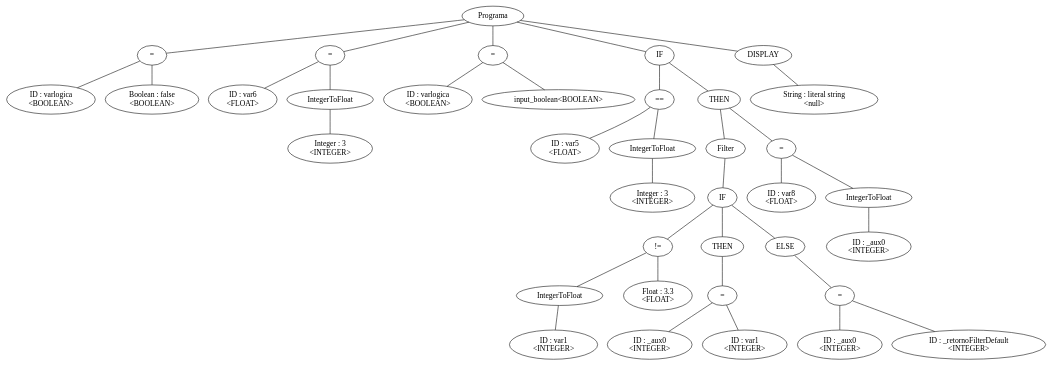
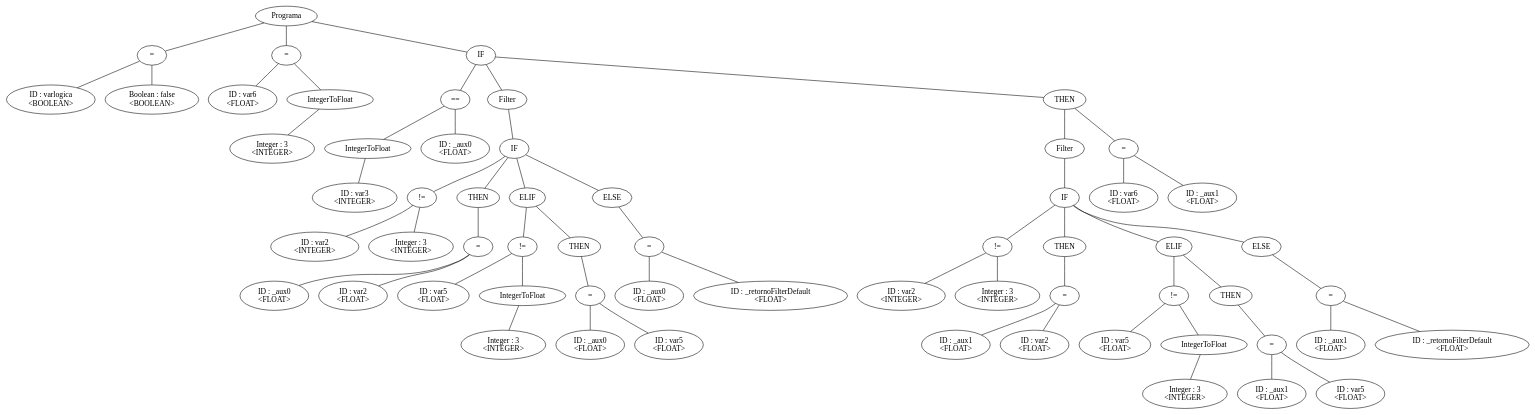
The diagram in arbol.dot (leandroprios/compilador), drawn with Graphviz before and after one commit. The commit also changed 32 other files, not shown here.

```diff
--- a/arbol.dot
+++ b/arbol.dot
@@ -1,75 +1,126 @@
-graph G {nodo_113131154[label="Programa"]
-nodo_1600390310[label="="]
-nodo_113131154--nodo_1600390310
-nodo_541742448[label="ID : varlogica\n<BOOLEAN>"]
-nodo_1600390310--nodo_541742448
-nodo_725453847[label="Boolean : false\n<BOOLEAN>"]
-nodo_1600390310--nodo_725453847
-nodo_1543535948[label="="]
-nodo_113131154--nodo_1543535948
-nodo_599659358[label="ID : var6\n<FLOAT>"]
-nodo_1543535948--nodo_599659358
-nodo_1370301324[label="IntegerToFloat"]
-nodo_1543535948--nodo_1370301324
-nodo_381112474[label="Integer : 3\n<INTEGER>"]
-nodo_1370301324--nodo_381112474
-nodo_1233302813[label="="]
-nodo_113131154--nodo_1233302813
-nodo_443906960[label="ID : varlogica\n<BOOLEAN>"]
-nodo_1233302813--nodo_443906960
-nodo_1233302813--nodo_578591249
-nodo_578591249[label="input_boolean<BOOLEAN>"]
-nodo_241380676[label="IF"]
-nodo_113131154--nodo_241380676
-nodo_1377131464[label="=="]
-nodo_241380676--nodo_1377131464
-nodo_1670185953[label="ID : var5\n<FLOAT>"]
-nodo_1377131464--nodo_1670185953
-nodo_635941267[label="IntegerToFloat"]
-nodo_1377131464--nodo_635941267
-nodo_855220582[label="Integer : 3\n<INTEGER>"]
-nodo_635941267--nodo_855220582
-nodo_241380676--nodo_219603729
-nodo_219603729[label="THEN"]
-nodo_1254778858[label="Filter"]
-nodo_219603729--nodo_1254778858
-nodo_1096021849[label="IF"]
-nodo_1254778858--nodo_1096021849
-nodo_1503706569[label="!="]
-nodo_1096021849--nodo_1503706569
-nodo_1069617938[label="IntegerToFloat"]
-nodo_1503706569--nodo_1069617938
-nodo_1643565708[label="ID : var1 
+graph G {nodo_553544492[label="Programa"]
+nodo_596157496[label="="]
+nodo_553544492--nodo_596157496
+nodo_772151105[label="ID : varlogica\n<BOOLEAN>"]
+nodo_596157496--nodo_772151105
+nodo_1947009322[label="Boolean : false\n<BOOLEAN>"]
+nodo_596157496--nodo_1947009322
+nodo_670675852[label="="]
+nodo_553544492--nodo_670675852
+nodo_1094085167[label="ID : var6\n<FLOAT>"]
+nodo_670675852--nodo_1094085167
+nodo_1595199831[label="IntegerToFloat"]
+nodo_670675852--nodo_1595199831
+nodo_1133285326[label="Integer : 3\n<INTEGER>"]
+nodo_1595199831--nodo_1133285326
+nodo_696459744[label="IF"]
+nodo_553544492--nodo_696459744
+nodo_1536573933[label="=="]
+nodo_696459744--nodo_1536573933
+nodo_586263969[label="IntegerToFloat"]
+nodo_1536573933--nodo_586263969
+nodo_94676174[label="ID : var3\n<INTEGER>"]
+nodo_586263969--nodo_94676174
+nodo_899160507[label="ID : _aux0\n<FLOAT>"]
+nodo_1536573933--nodo_899160507
+nodo_1550364620[label="Filter"]
+nodo_696459744--nodo_1550364620
+nodo_1935383877[label="IF"]
+nodo_1550364620--nodo_1935383877
+nodo_1400493364[label="!="]
+nodo_1935383877--nodo_1400493364
+nodo_651774753[label="ID : var2 
  <INTEGER>"]
-nodo_1069617938--nodo_1643565708
-nodo_1029989774[label="Float : 3.3\n<FLOAT>"]
-nodo_1503706569--nodo_1029989774
-nodo_1096021849--nodo_689951750
-nodo_689951750[label="THEN"]
-nodo_1974067901[label="="]
-nodo_689951750--nodo_1974067901
-nodo_1111963289[label="ID : _aux0\n<INTEGER>"]
-nodo_1974067901--nodo_1111963289
-nodo_368246511[label="ID : var1\n<INTEGER>"]
-nodo_1974067901--nodo_368246511
-nodo_1096021849--nodo_668141549
-nodo_668141549[label="ELSE"]
-nodo_186950090[label="="]
-nodo_668141549--nodo_186950090
-nodo_832701977[label="ID : _aux0\n<INTEGER>"]
-nodo_186950090--nodo_832701977
-nodo_1252662602[label="ID : _retornoFilterDefault\n<INTEGER>"]
-nodo_186950090--nodo_1252662602
-nodo_1210947446[label="="]
-nodo_219603729--nodo_1210947446
-nodo_1722373448[label="ID : var8\n<FLOAT>"]
-nodo_1210947446--nodo_1722373448
-nodo_1201276234[label="IntegerToFloat"]
-nodo_1210947446--nodo_1201276234
-nodo_1572868286[label="ID : _aux0\n<INTEGER>"]
-nodo_1201276234--nodo_1572868286
-nodo_2045950551[label="DISPLAY"]
-nodo_113131154--nodo_2045950551
-nodo_1440588596[label="String : literal string\n<null>"]
-nodo_2045950551--nodo_1440588596
+nodo_1400493364--nodo_651774753
+nodo_1071023865[label="Integer : 3\n<INTEGER>"]
+nodo_1400493364--nodo_1071023865
+nodo_273192435[label="="]
+nodo_331905297--nodo_273192435
+nodo_218440379[label="ID : _aux0\n<FLOAT>"]
+nodo_273192435--nodo_218440379
+nodo_1642717305[label="ID : var2\n<FLOAT>"]
+nodo_273192435--nodo_1642717305
+nodo_1935383877--nodo_331905297
+nodo_331905297[label="THEN"]
+nodo_1778598899[label="ELIF"]
+nodo_1935383877--nodo_1778598899
+nodo_1043375181[label="!="]
+nodo_1778598899--nodo_1043375181
+nodo_436492746[label="ID : var5 
+ <FLOAT>"]
+nodo_1043375181--nodo_436492746
+nodo_1152145771[label="IntegerToFloat"]
+nodo_1043375181--nodo_1152145771
+nodo_2139463551[label="Integer : 3\n<INTEGER>"]
+nodo_1152145771--nodo_2139463551
+nodo_1778598899--nodo_71028642
+nodo_71028642[label="THEN"]
+nodo_1207386956[label="="]
+nodo_71028642--nodo_1207386956
+nodo_2009177401[label="ID : _aux0\n<FLOAT>"]
+nodo_1207386956--nodo_2009177401
+nodo_1359013291[label="ID : var5\n<FLOAT>"]
+nodo_1207386956--nodo_1359013291
+nodo_1935383877--nodo_362648950
+nodo_362648950[label="ELSE"]
+nodo_44955283[label="="]
+nodo_362648950--nodo_44955283
+nodo_2143103145[label="ID : _aux0\n<FLOAT>"]
+nodo_44955283--nodo_2143103145
+nodo_74340914[label="ID : _retornoFilterDefault\n<FLOAT>"]
+nodo_44955283--nodo_74340914
+nodo_1377163945[label="Filter"]
+nodo_655700487--nodo_1377163945
+nodo_1071757078[label="IF"]
+nodo_1377163945--nodo_1071757078
+nodo_697247779[label="!="]
+nodo_1071757078--nodo_697247779
+nodo_1606830314[label="ID : var2 
+ <INTEGER>"]
+nodo_697247779--nodo_1606830314
+nodo_595202345[label="Integer : 3\n<INTEGER>"]
+nodo_697247779--nodo_595202345
+nodo_286346071[label="="]
+nodo_812019614--nodo_286346071
+nodo_1091549030[label="ID : _aux1\n<FLOAT>"]
+nodo_286346071--nodo_1091549030
+nodo_753088181[label="ID : var2\n<FLOAT>"]
+nodo_286346071--nodo_753088181
+nodo_1071757078--nodo_812019614
+nodo_812019614[label="THEN"]
+nodo_1608747353[label="ELIF"]
+nodo_1071757078--nodo_1608747353
+nodo_1144207873[label="!="]
+nodo_1608747353--nodo_1144207873
+nodo_2017136998[label="ID : var5 
+ <FLOAT>"]
+nodo_1144207873--nodo_2017136998
+nodo_238168041[label="IntegerToFloat"]
+nodo_1144207873--nodo_238168041
+nodo_1401743132[label="Integer : 3\n<INTEGER>"]
+nodo_238168041--nodo_1401743132
+nodo_1608747353--nodo_987240356
+nodo_987240356[label="THEN"]
+nodo_1939631146[label="="]
+nodo_987240356--nodo_1939631146
+nodo_2029883029[label="ID : _aux1\n<FLOAT>"]
+nodo_1939631146--nodo_2029883029
+nodo_1743774476[label="ID : var5\n<FLOAT>"]
+nodo_1939631146--nodo_1743774476
+nodo_1071757078--nodo_931216668
+nodo_931216668[label="ELSE"]
+nodo_1408195818[label="="]
+nodo_931216668--nodo_1408195818
+nodo_1132627841[label="ID : _aux1\n<FLOAT>"]
+nodo_1408195818--nodo_1132627841
+nodo_1470046274[label="ID : _retornoFilterDefault\n<FLOAT>"]
+nodo_1408195818--nodo_1470046274
+nodo_1332760126[label="="]
+nodo_655700487--nodo_1332760126
+nodo_1724994358[label="ID : var6\n<FLOAT>"]
+nodo_1332760126--nodo_1724994358
+nodo_825781986[label="ID : _aux1\n<FLOAT>"]
+nodo_1332760126--nodo_825781986
+nodo_696459744--nodo_655700487
+nodo_655700487[label="THEN"]
 }
```
